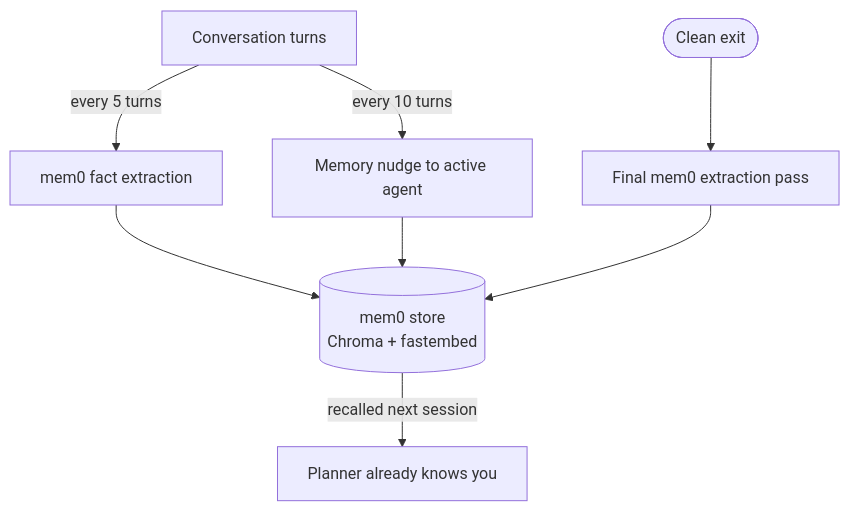
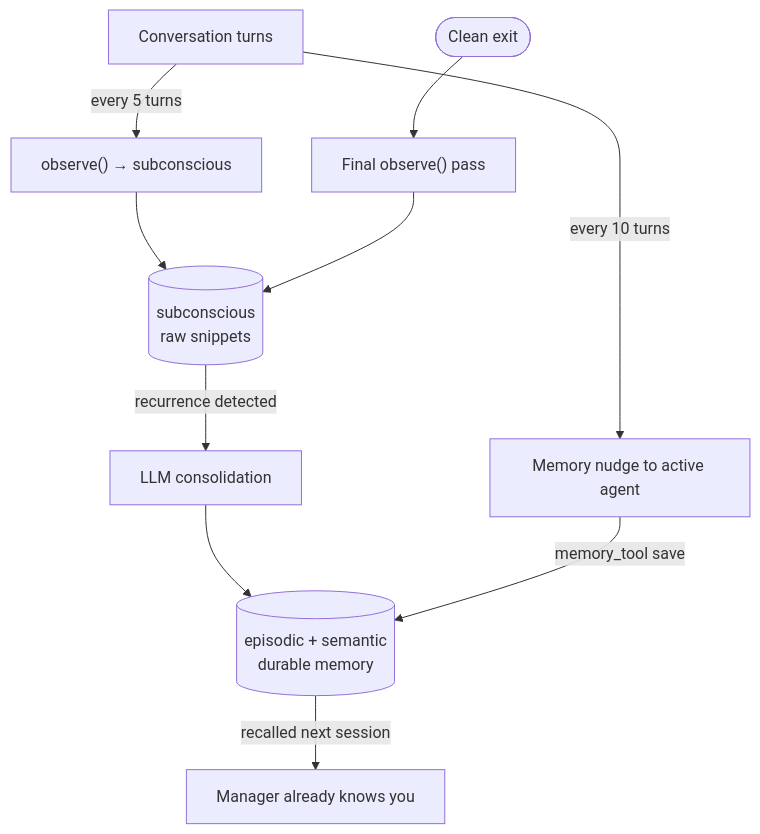
Before and after one commit to Arsh910/Anet: the third of 5 diagrams in architecture/README.md, drawn with Mermaid. The commit also changed other lines of this file and 20 other files, not shown here.

````diff
--- a/architecture/README.md
+++ b/architecture/README.md
@@ -98,10 +111,12 @@
 ```mermaid
 flowchart TD
-    T["Conversation turns"] -->|"every 5 turns"| BG["mem0 fact extraction"]
+    T["Conversation turns"] -->|"every 5 turns"| BG["observe() → subconscious"]
     T -->|"every 10 turns"| NUDGE["Memory nudge to active agent"]
-    EXIT(["Clean exit"]) --> FINAL["Final mem0 extraction pass"]
-    BG --> M[("mem0 store<br/>Chroma + fastembed")]
-    NUDGE --> M
-    FINAL --> M
-    M -->|"recalled next session"| PLAN["Planner already knows you"]
+    EXIT(["Clean exit"]) --> FINAL["Final observe() pass"]
+    BG --> SUB[("subconscious<br/>raw snippets")]
+    SUB -->|"recurrence detected"| CONS["LLM consolidation"]
+    CONS --> EPI[("episodic + semantic<br/>durable memory")]
+    NUDGE -->|"memory_tool save"| EPI
+    FINAL --> SUB
+    EPI -->|"recalled next session"| KNOW["Manager already knows you"]
 ```
````
